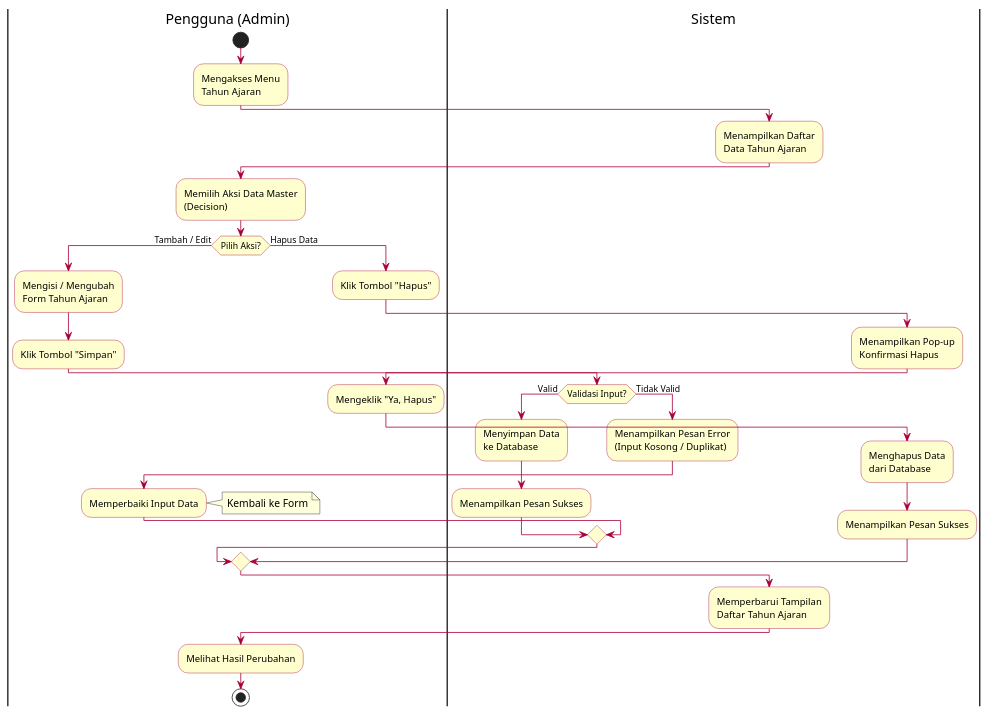
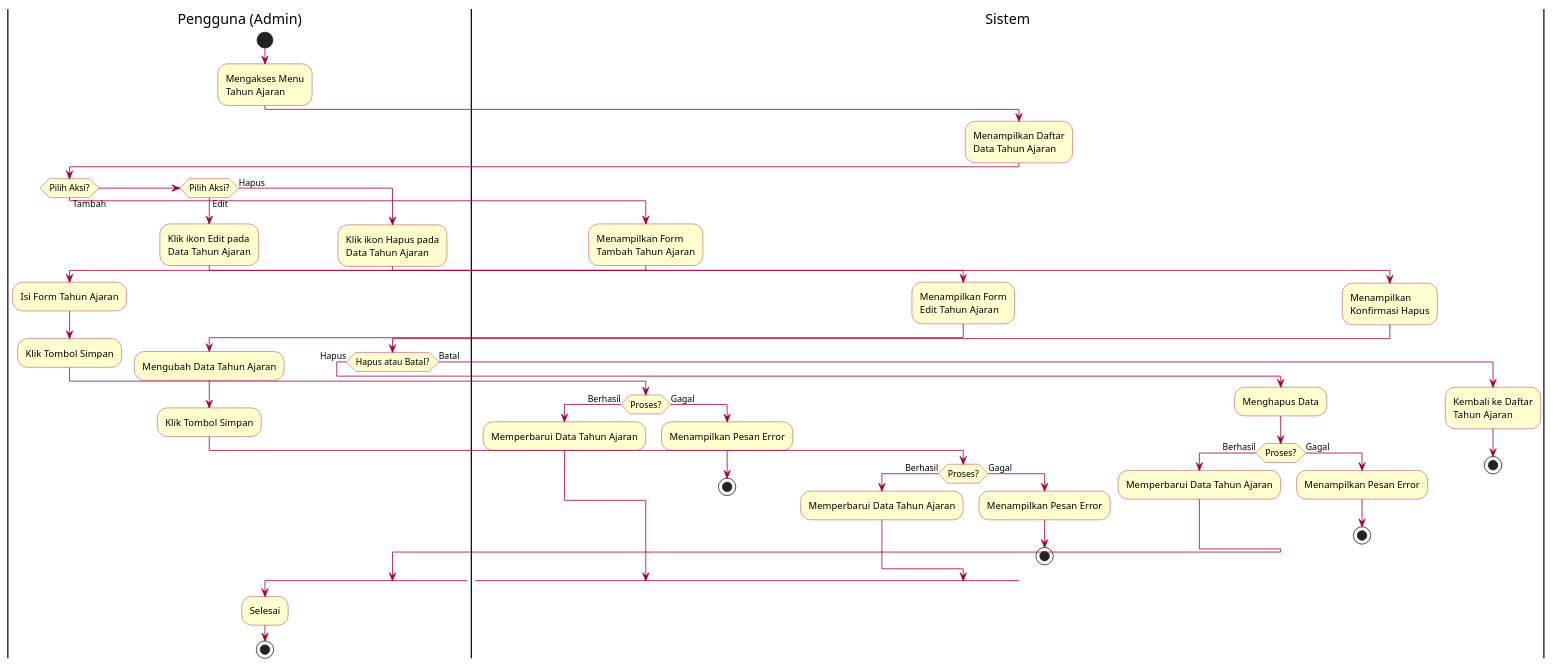
The diagram in docs/flow/activity-kelola-tahun-ajaran.puml (shendelzare7sw/sipaduhok), drawn with PlantUML before and after one commit. The commit also changed 3 other files, not shown here.

Commit message:
docs: Update activity diagrams for CRUD and Kelas Penugasan

```diff
--- a/docs/flow/activity-kelola-tahun-ajaran.puml
+++ b/docs/flow/activity-kelola-tahun-ajaran.puml
@@ -1,53 +1,68 @@
 @startuml activity-kelola-tahun-ajaran
 skinparam ActivityBackgroundColor #FEFECE
 skinparam ActivityBorderColor #A80036
 skinparam ArrowColor #A80036
 
 |Pengguna (Admin)|
 start
 :Mengakses Menu\nTahun Ajaran;
 
 |Sistem|
 :Menampilkan Daftar\nData Tahun Ajaran;
 
 |Pengguna (Admin)|
-:Memilih Aksi Data Master\n(Decision);
-
-if (Pilih Aksi?) then (Tambah / Edit)
+if (Pilih Aksi?) then (Tambah)
+    |Sistem|
+    :Menampilkan Form\nTambah Tahun Ajaran;
     |Pengguna (Admin)|
-    :Mengisi / Mengubah\nForm Tahun Ajaran;
-    :Klik Tombol "Simpan";
-    
+    :Isi Form Tahun Ajaran;
+    :Klik Tombol Simpan;
     |Sistem|
-    if (Validasi Input?) then (Valid)
-        :Menyimpan Data\nke Database;
-        :Menampilkan Pesan Sukses;
-    else (Tidak Valid)
-        :Menampilkan Pesan Error\n(Input Kosong / Duplikat);
-        |Pengguna (Admin)|
-        :Memperbaiki Input Data;
-        note right: Kembali ke Form
+    if (Proses?) then (Berhasil)
+        :Memperbarui Data Tahun Ajaran;
+    else (Gagal)
+        :Menampilkan Pesan Error;
+        stop
     endif
 
-else (Hapus Data)
+elseif (Pilih Aksi?) then (Edit)
     |Pengguna (Admin)|
-    :Klik Tombol "Hapus";
-    
+    :Klik ikon Edit pada\nData Tahun Ajaran;
     |Sistem|
-    :Menampilkan Pop-up\nKonfirmasi Hapus;
-    
+    :Menampilkan Form\nEdit Tahun Ajaran;
     |Pengguna (Admin)|
-    :Mengeklik "Ya, Hapus";
-    
+    :Mengubah Data Tahun Ajaran;
+    :Klik Tombol Simpan;
     |Sistem|
-    :Menghapus Data\ndari Database;
-    :Menampilkan Pesan Sukses;
+    if (Proses?) then (Berhasil)
+        :Memperbarui Data Tahun Ajaran;
+    else (Gagal)
+        :Menampilkan Pesan Error;
+        stop
+    endif
+
+else (Hapus)
+    |Pengguna (Admin)|
+    :Klik ikon Hapus pada\nData Tahun Ajaran;
+    |Sistem|
+    :Menampilkan\nKonfirmasi Hapus;
+    |Pengguna (Admin)|
+    if (Hapus atau Batal?) then (Hapus)
+        |Sistem|
+        :Menghapus Data;
+        if (Proses?) then (Berhasil)
+            :Memperbarui Data Tahun Ajaran;
+        else (Gagal)
+            :Menampilkan Pesan Error;
+            stop
+        endif
+    else (Batal)
+        :Kembali ke Daftar\nTahun Ajaran;
+        stop
+    endif
 endif
 
-|Sistem|
-:Memperbarui Tampilan\nDaftar Tahun Ajaran;
-
 |Pengguna (Admin)|
-:Melihat Hasil Perubahan;
+:Selesai;
 stop
 @enduml
```
